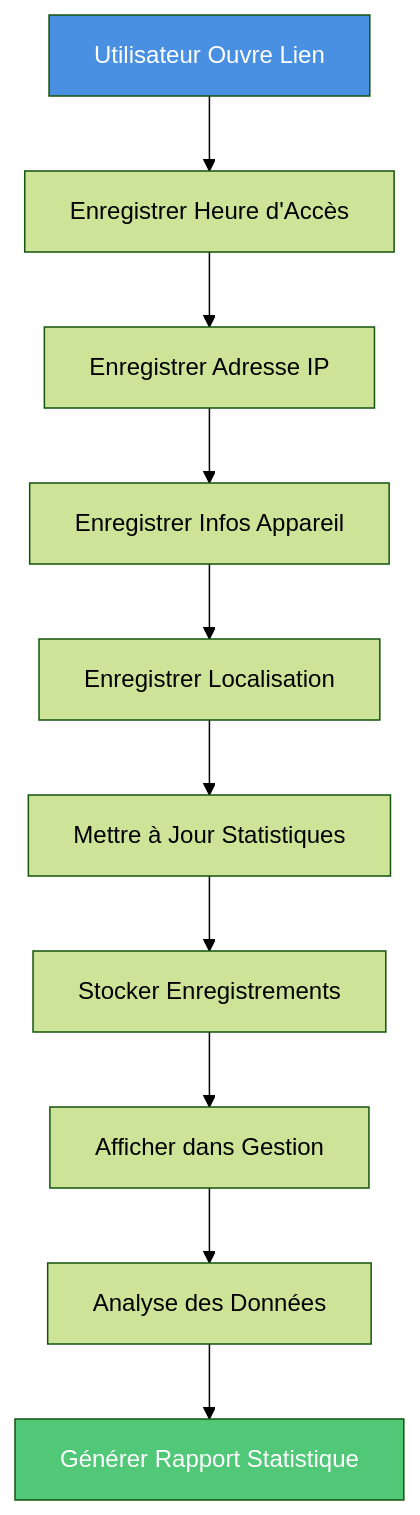
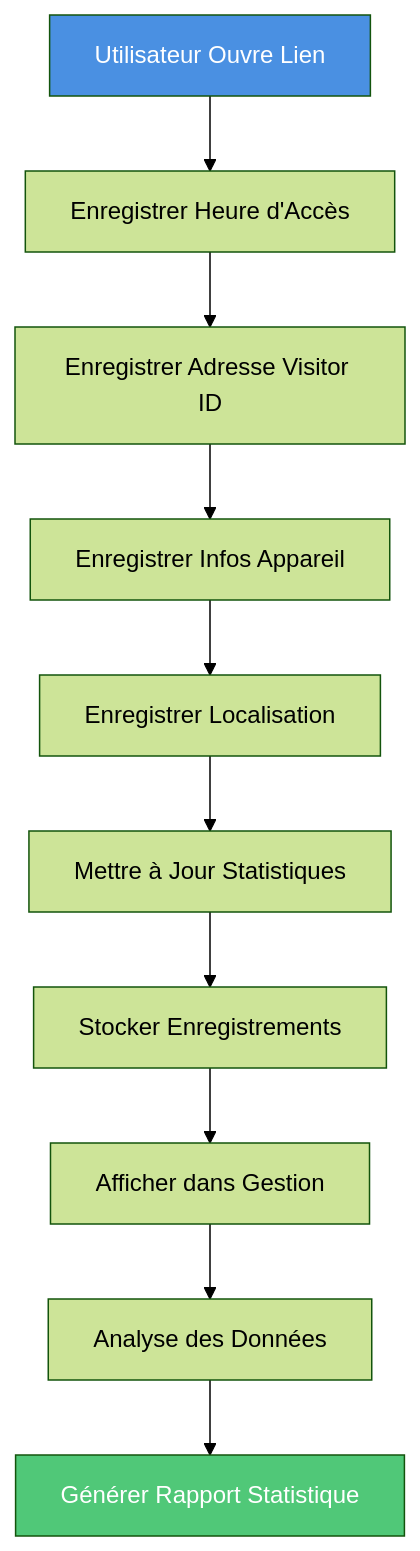
One commit to mythenigma/cloudflareAstro changed the sixth of 12 diagrams in src/content/blog/fr/pdf-sharing-introduction.md. Above: the diagram before and after it, drawn with Mermaid (forest theme). The commit also changed other lines of this file and 353 other files, not shown here.

````diff
--- a/src/content/blog/fr/pdf-sharing-introduction.md
+++ b/src/content/blog/fr/pdf-sharing-introduction.md
@@ -204,15 +204,15 @@
 ```mermaid
 flowchart TD
     A[Utilisateur Ouvre Lien] --> B[Enregistrer Heure d'Accès]
-    B --> C[Enregistrer Adresse IP]
+    B --> C[Enregistrer Adresse Visitor ID]
     C --> D[Enregistrer Infos Appareil]
     D --> E[Enregistrer Localisation]
     E --> F[Mettre à Jour Statistiques]
     F --> G[Stocker Enregistrements]
     G --> H[Afficher dans Gestion]
     H --> I[Analyse des Données]
     I --> J[Générer Rapport Statistique]
     
     style A fill:#4A90E2,color:#fff
     style J fill:#50C878,color:#fff
 ```
````
